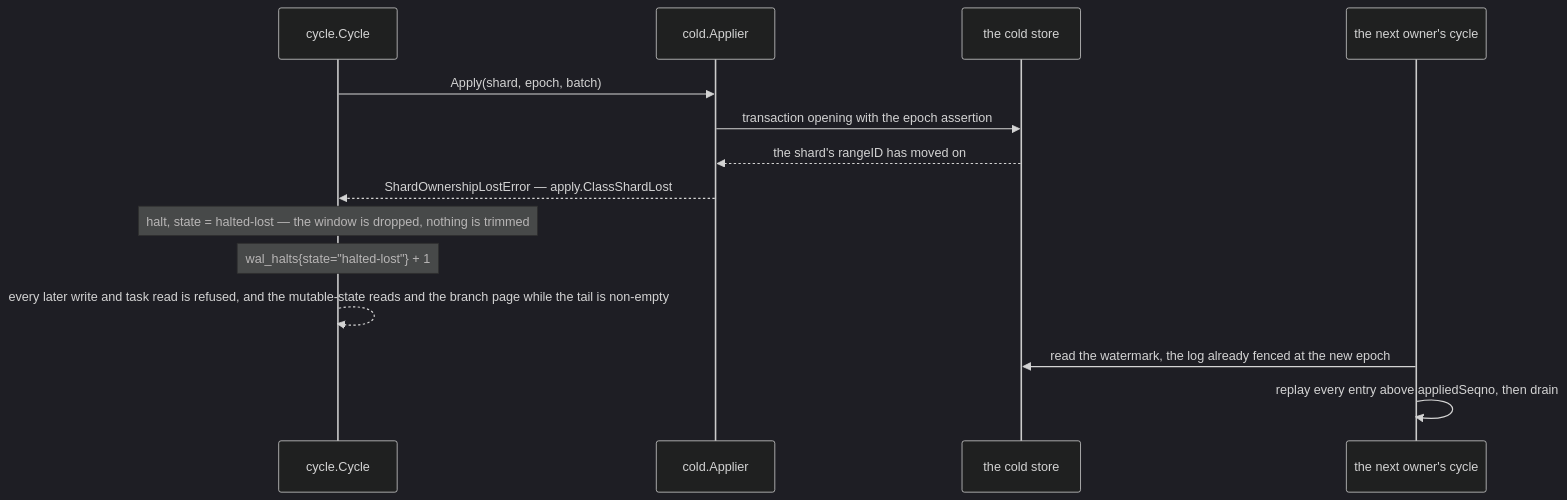
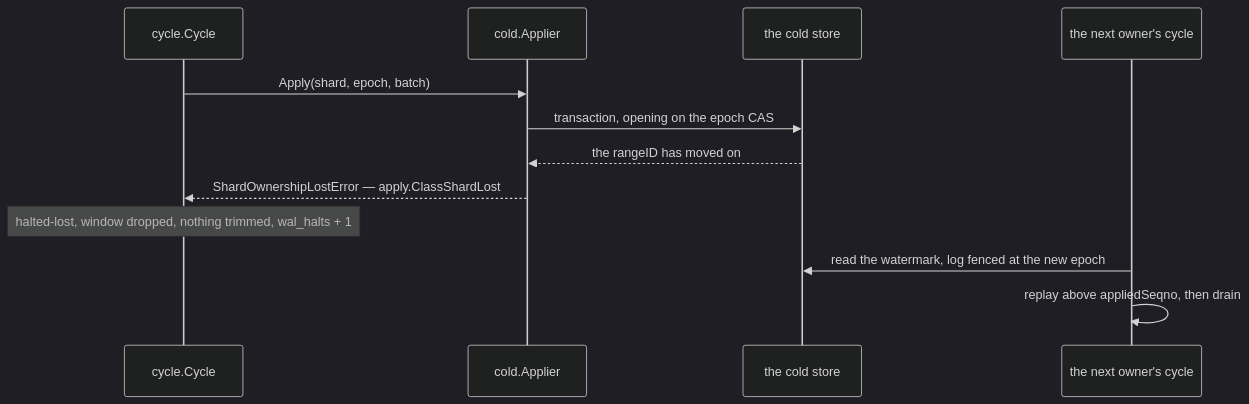
One commit to aromanovich/waltz changed the fifth of 8 diagrams in docs/handbook/05-write-path.md. Above: the diagram before and after it, drawn with Mermaid (dark theme). The commit also changed other lines of this file and 15 other files, not shown here.

````diff
--- a/docs/handbook/05-write-path.md
+++ b/docs/handbook/05-write-path.md
@@ -476,17 +369,15 @@
 ```mermaid
 sequenceDiagram
   participant CY as cycle.Cycle
   participant AP as cold.Applier
   participant CS as the cold store
   participant NX as the next owner's cycle
 
   CY->>AP: Apply(shard, epoch, batch)
-  AP->>CS: transaction opening with the epoch assertion
-  CS-->>AP: the shard's rangeID has moved on
+  AP->>CS: transaction, opening on the epoch CAS
+  CS-->>AP: the rangeID has moved on
   AP-->>CY: ShardOwnershipLostError — apply.ClassShardLost
-  Note over CY: halt, state = halted-lost — the window is dropped, nothing is trimmed
-  Note over CY: wal_halts{state="halted-lost"} + 1
-  CY-->>CY: every later write and task read is refused, and the mutable-state reads and the branch page while the tail is non-empty
-  NX->>CS: read the watermark, the log already fenced at the new epoch
-  NX->>NX: replay every entry above appliedSeqno, then drain
+  Note over CY: halted-lost, window dropped, nothing trimmed, wal_halts + 1
+  NX->>CS: read the watermark, log fenced at the new epoch
+  NX->>NX: replay above appliedSeqno, then drain
 ```
````
